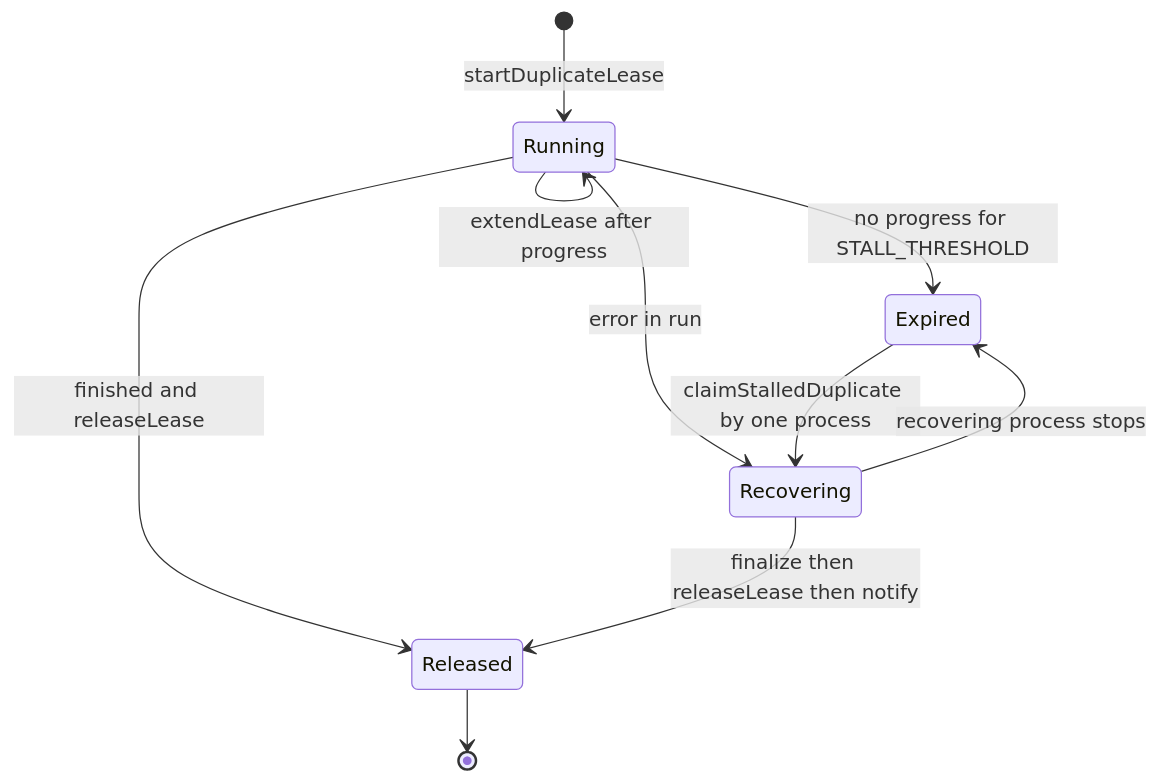
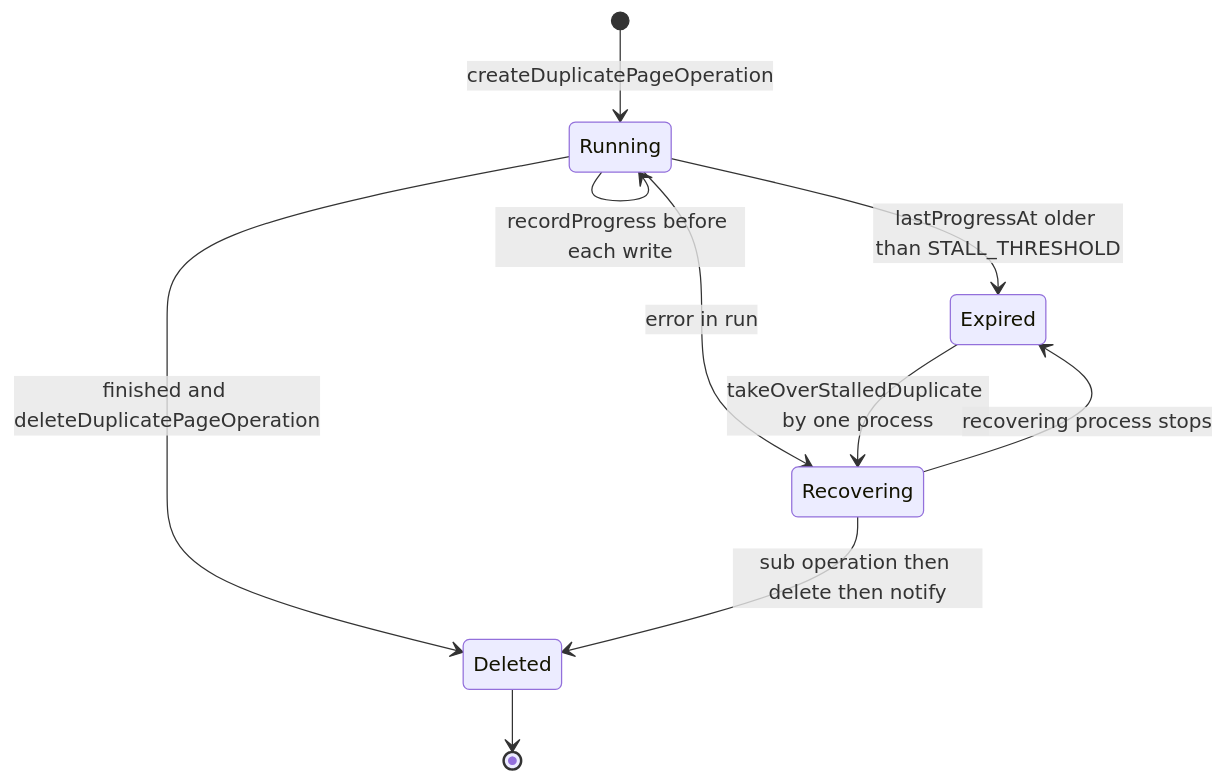
The third of 3 diagrams in .kiro/specs/page-duplicate/design.md (growilabs/growi), drawn with Mermaid before and after one commit. The commit also changed other lines of this file and 2 other files, not shown here.

Commit message:
docs(spec): page-duplicate design — address design review, align terms with PageOperation

````diff
--- a/.kiro/specs/page-duplicate/design.md
+++ b/.kiro/specs/page-duplicate/design.md
@@ -201,12 +236,12 @@
 ```mermaid
 stateDiagram-v2
-    [*] --> Running: startDuplicateLease
-    Running --> Running: extendLease after progress
-    Running --> Released: finished and releaseLease
-    Running --> Expired: no progress for STALL_THRESHOLD
+    [*] --> Running: createDuplicatePageOperation
+    Running --> Running: recordProgress before each write
+    Running --> Deleted: finished and deleteDuplicatePageOperation
+    Running --> Expired: lastProgressAt older than STALL_THRESHOLD
     Running --> Recovering: error in run
-    Expired --> Recovering: claimStalledDuplicate by one process
-    Recovering --> Released: finalize then releaseLease then notify
+    Expired --> Recovering: takeOverStalledDuplicate by one process
+    Recovering --> Deleted: sub operation then delete then notify
     Recovering --> Expired: recovering process stops
-    Released --> [*]
+    Deleted --> [*]
 ```
````
